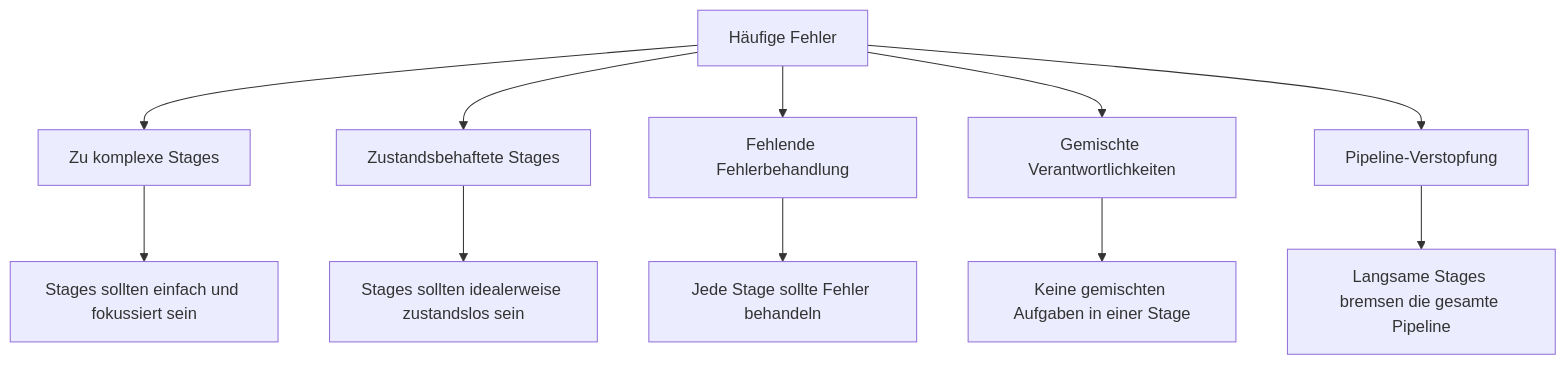
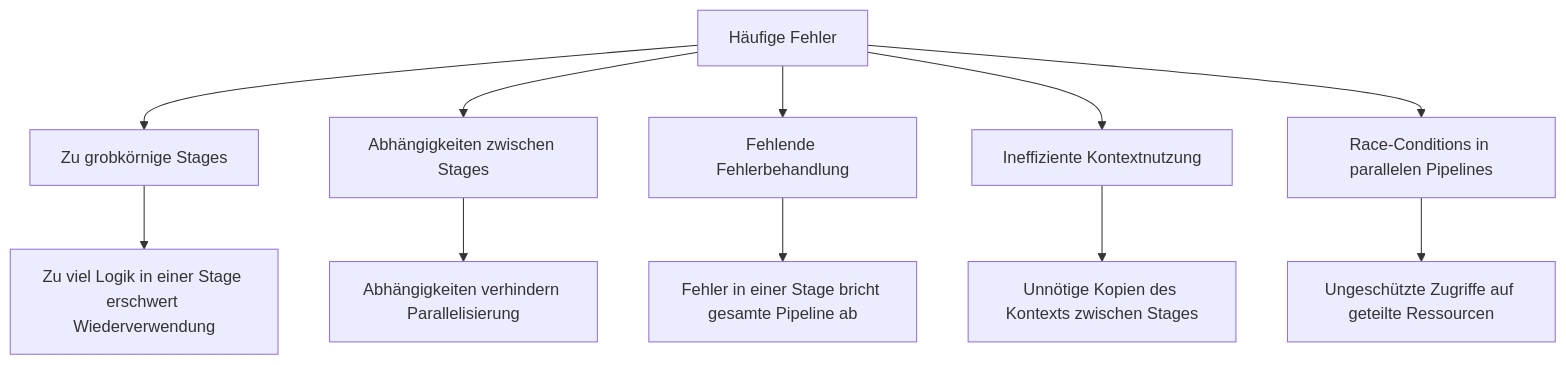
The eighth of 13 diagrams in Pipeline/docs/IMPLEMENTATION_GUIDE.md (scimbe/VS_Pattern_By_KI), drawn with Mermaid before and after one commit. The commit also changed other lines of this file and 19 other files, not shown here.

````diff
--- a/Pipeline/docs/IMPLEMENTATION_GUIDE.md
+++ b/Pipeline/docs/IMPLEMENTATION_GUIDE.md
@@ -118,14 +136,14 @@
 ```mermaid
 graph TD
-    A[Häufige Fehler] --> B[Zu komplexe Stages]
-    A --> C[Zustandsbehaftete Stages]
+    A[Häufige Fehler] --> B[Zu grobkörnige Stages]
+    A --> C[Abhängigkeiten zwischen Stages]
     A --> D[Fehlende Fehlerbehandlung]
-    A --> E[Gemischte Verantwortlichkeiten]
-    A --> F[Pipeline-Verstopfung]
+    A --> E[Ineffiziente Kontextnutzung]
+    A --> F[Race-Conditions in parallelen Pipelines]
     
-    B --> B1[Stages sollten einfach und fokussiert sein]
-    C --> C1[Stages sollten idealerweise zustandslos sein]
-    D --> D1[Jede Stage sollte Fehler behandeln]
-    E --> E1[Keine gemischten Aufgaben in einer Stage]
-    F --> F1[Langsame Stages bremsen die gesamte Pipeline]
+    B --> B1[Zu viel Logik in einer Stage erschwert Wiederverwendung]
+    C --> C1[Abhängigkeiten verhindern Parallelisierung]
+    D --> D1[Fehler in einer Stage bricht gesamte Pipeline ab]
+    E --> E1[Unnötige Kopien des Kontexts zwischen Stages]
+    F --> F1[Ungeschützte Zugriffe auf geteilte Ressourcen]
 ```
````
